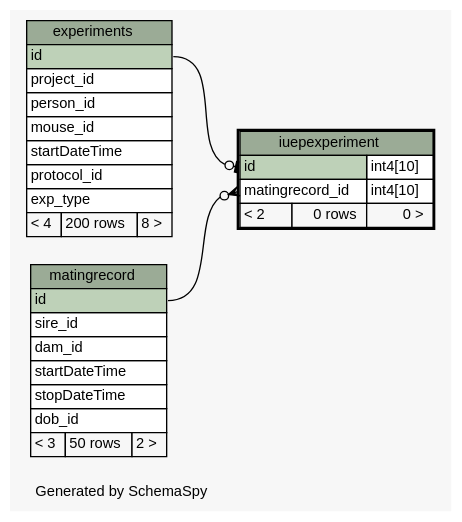
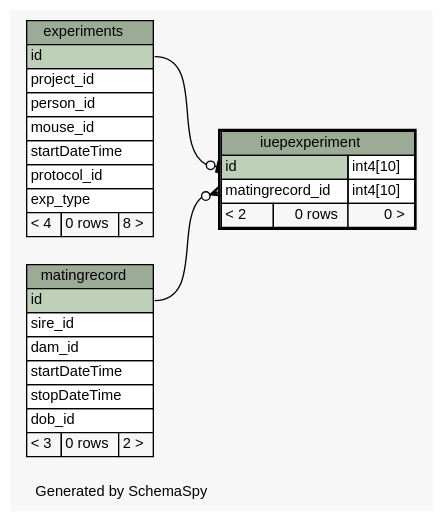
One commit to tgbugs/mlab changed the diagram in database/ss/diagrams/iuepexperiment.1degree.dot. Above: the diagram before and after it, drawn with Graphviz. The commit also changed 227 other files, not shown here.

```diff
--- a/database/ss/diagrams/iuepexperiment.1degree.dot
+++ b/database/ss/diagrams/iuepexperiment.1degree.dot
@@ -1,66 +1,66 @@
 // dot 2.32.0 on Windows 7 6.1
 // SchemaSpy rev 590
 digraph "oneDegreeRelationshipsDiagram" {
   graph [
     rankdir="RL"
     bgcolor="#f7f7f7"
     label="\nGenerated by SchemaSpy"
     labeljust="l"
     nodesep="0.18"
     ranksep="0.46"
     fontname="Helvetica"
     fontsize="11"
   ];
   node [
     fontname="Helvetica"
     fontsize="11"
     shape="plaintext"
   ];
   edge [
     arrowsize="0.8"
   ];
   "iuepexperiment":"id":w -> "experiments":"id":e [arrowhead=none dir=back arrowtail=teeodot];
   "iuepexperiment":"matingrecord_id":w -> "matingrecord":"id":e [arrowhead=none dir=back arrowtail=crowodot];
   "experiments" [
     label=<
     <TABLE BORDER="0" CELLBORDER="1" CELLSPACING="0" BGCOLOR="#ffffff">
       <TR><TD COLSPAN="3" BGCOLOR="#9bab96" ALIGN="CENTER">experiments</TD></TR>
       <TR><TD PORT="id" COLSPAN="3" BGCOLOR="#bed1b8" ALIGN="LEFT">id</TD></TR>
       <TR><TD PORT="project_id" COLSPAN="3" ALIGN="LEFT">project_id</TD></TR>
       <TR><TD PORT="person_id" COLSPAN="3" ALIGN="LEFT">person_id</TD></TR>
       <TR><TD PORT="mouse_id" COLSPAN="3" ALIGN="LEFT">mouse_id</TD></TR>
       <TR><TD PORT="startDateTime" COLSPAN="3" ALIGN="LEFT">startDateTime</TD></TR>
       <TR><TD PORT="protocol_id" COLSPAN="3" ALIGN="LEFT">protocol_id</TD></TR>
       <TR><TD PORT="exp_type" COLSPAN="3" ALIGN="LEFT">exp_type</TD></TR>
-      <TR><TD ALIGN="LEFT" BGCOLOR="#f7f7f7">&lt; 4</TD><TD ALIGN="RIGHT" BGCOLOR="#f7f7f7">200 rows</TD><TD ALIGN="RIGHT" BGCOLOR="#f7f7f7">8 &gt;</TD></TR>
+      <TR><TD ALIGN="LEFT" BGCOLOR="#f7f7f7">&lt; 4</TD><TD ALIGN="RIGHT" BGCOLOR="#f7f7f7">0 rows</TD><TD ALIGN="RIGHT" BGCOLOR="#f7f7f7">8 &gt;</TD></TR>
     </TABLE>>
     URL="experiments.html"
     tooltip="experiments"
   ];
   "iuepexperiment" [
     label=<
     <TABLE BORDER="2" CELLBORDER="1" CELLSPACING="0" BGCOLOR="#ffffff">
       <TR><TD COLSPAN="3" BGCOLOR="#9bab96" ALIGN="CENTER">iuepexperiment</TD></TR>
       <TR><TD PORT="id" COLSPAN="2" BGCOLOR="#bed1b8" ALIGN="LEFT">id</TD><TD PORT="id.type" ALIGN="LEFT">int4[10]</TD></TR>
       <TR><TD PORT="matingrecord_id" COLSPAN="2" ALIGN="LEFT">matingrecord_id</TD><TD PORT="matingrecord_id.type" ALIGN="LEFT">int4[10]</TD></TR>
       <TR><TD ALIGN="LEFT" BGCOLOR="#f7f7f7">&lt; 2</TD><TD ALIGN="RIGHT" BGCOLOR="#f7f7f7">0 rows</TD><TD ALIGN="RIGHT" BGCOLOR="#f7f7f7">0 &gt;</TD></TR>
     </TABLE>>
     URL="iuepexperiment.html"
     tooltip="iuepexperiment"
   ];
   "matingrecord" [
     label=<
     <TABLE BORDER="0" CELLBORDER="1" CELLSPACING="0" BGCOLOR="#ffffff">
       <TR><TD COLSPAN="3" BGCOLOR="#9bab96" ALIGN="CENTER">matingrecord</TD></TR>
       <TR><TD PORT="id" COLSPAN="3" BGCOLOR="#bed1b8" ALIGN="LEFT">id</TD></TR>
       <TR><TD PORT="sire_id" COLSPAN="3" ALIGN="LEFT">sire_id</TD></TR>
       <TR><TD PORT="dam_id" COLSPAN="3" ALIGN="LEFT">dam_id</TD></TR>
       <TR><TD PORT="startDateTime" COLSPAN="3" ALIGN="LEFT">startDateTime</TD></TR>
       <TR><TD PORT="stopDateTime" COLSPAN="3" ALIGN="LEFT">stopDateTime</TD></TR>
       <TR><TD PORT="dob_id" COLSPAN="3" ALIGN="LEFT">dob_id</TD></TR>
-      <TR><TD ALIGN="LEFT" BGCOLOR="#f7f7f7">&lt; 3</TD><TD ALIGN="RIGHT" BGCOLOR="#f7f7f7">50 rows</TD><TD ALIGN="RIGHT" BGCOLOR="#f7f7f7">2 &gt;</TD></TR>
+      <TR><TD ALIGN="LEFT" BGCOLOR="#f7f7f7">&lt; 3</TD><TD ALIGN="RIGHT" BGCOLOR="#f7f7f7">0 rows</TD><TD ALIGN="RIGHT" BGCOLOR="#f7f7f7">2 &gt;</TD></TR>
     </TABLE>>
     URL="matingrecord.html"
     tooltip="matingrecord"
   ];
 }
```
